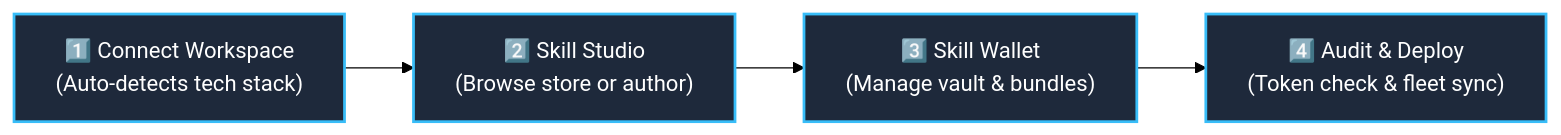
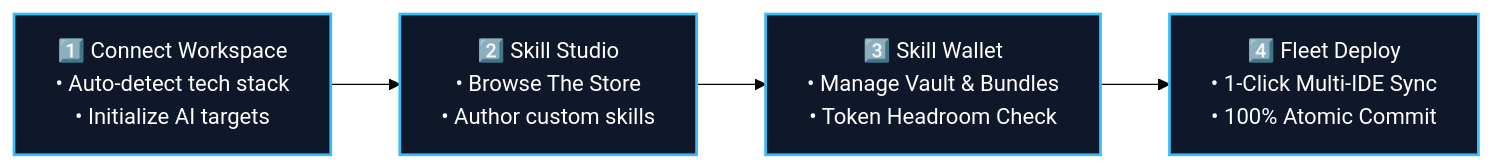
Before and after one commit to abhishek01032007-pixel/Nexora: the first of 2 diagrams in README.md, drawn with Mermaid (forest theme). The commit also changed other lines of this file, not shown here.

````diff
--- a/README.md
+++ b/README.md
@@ -141,8 +143,8 @@
 ```mermaid
 flowchart LR
-    classDef step fill:#1e293b,stroke:#38bdf8,stroke-width:2px,color:#fff;
+    classDef step fill:#0f172a,stroke:#38bdf8,stroke-width:2px,color:#fff;
 
-    S1["1️⃣ Connect Workspace\n(Auto-detects tech stack)"]:::step --> S2["2️⃣ Skill Studio\n(Browse store or author)"]:::step
-    S2 --> S3["3️⃣ Skill Wallet\n(Manage vault & bundles)"]:::step
-    S3 --> S4["4️⃣ Audit & Deploy\n(Token check & fleet sync)"]:::step
+    S1["1️⃣ Connect Workspace\n• Auto-detect tech stack\n• Initialize AI targets"]:::step --> S2["2️⃣ Skill Studio\n• Browse The Store\n• Author custom skills"]:::step
+    S2 --> S3["3️⃣ Skill Wallet\n• Manage Vault & Bundles\n• Token Headroom Check"]:::step
+    S3 --> S4["4️⃣ Fleet Deploy\n• 1-Click Multi-IDE Sync\n• 100% Atomic Commit"]:::step
 ```
````
